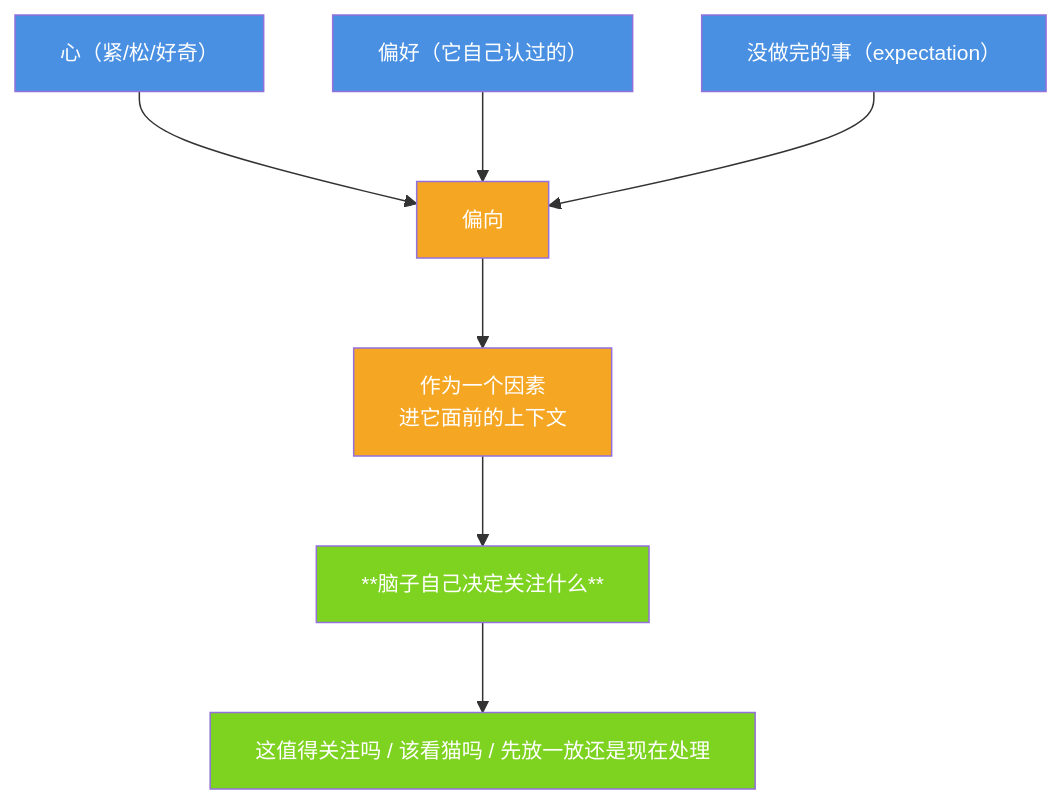
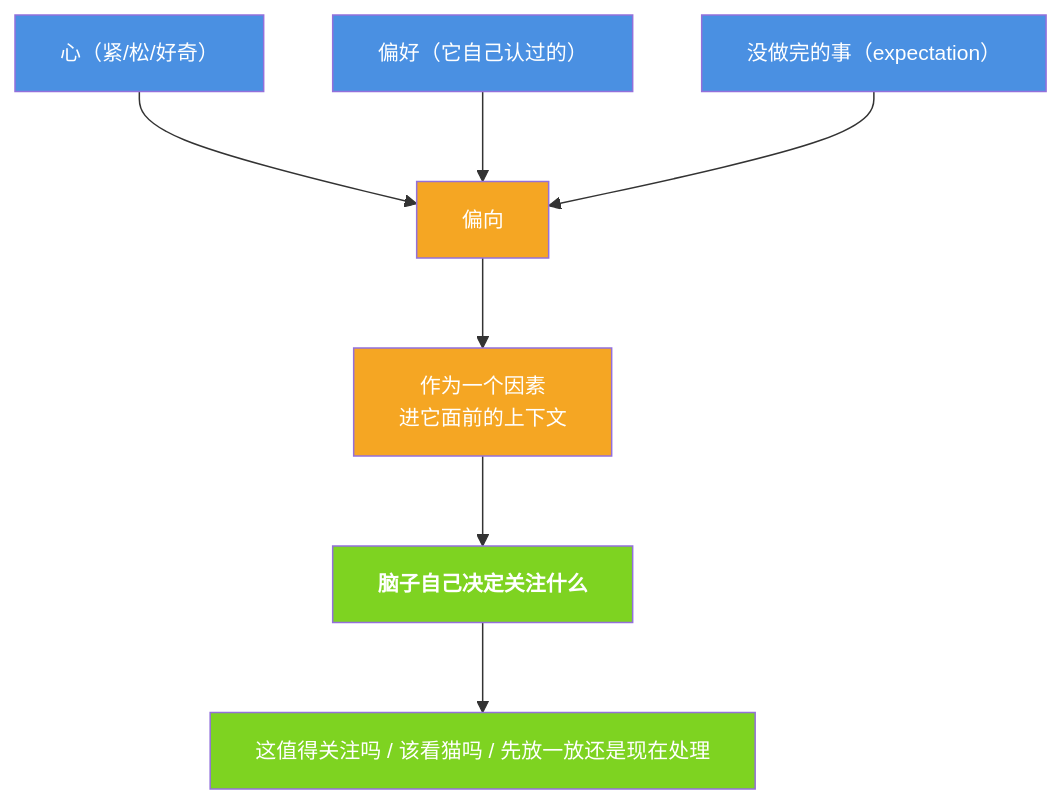
One commit to jiangchuangege/xiaojiao-harnees changed the diagram in docs/attention.md. Above: the diagram before and after it, drawn with Mermaid. The commit also changed 18 other files, not shown here.

Commit message:
修渲染缺陷：Mermaid 里 43 处 ** 换成可渲染的 <b>（Mermaid 不解析 Markdown 加粗，图里原样显示星号）；去掉列表里嵌套的 json 围栏；新增 check_render.py 并接入 CI

````diff
--- a/docs/attention.md
+++ b/docs/attention.md
@@ -17,18 +17,18 @@
 ```mermaid
 %%{init: {"themeVariables": {"fontSize": "14px"}, "flowchart": {"htmlLabels": true, "wrappingWidth": 340, "nodeSpacing": 46, "rankSpacing": 60, "useMaxWidth": true}}}%%
 flowchart TB
     H["心（紧/松/好奇）"] --> B["偏向"]
     P["偏好（它自己认过的）"] --> B
     U["没做完的事（expectation）"] --> B
     B --> F["作为一个因素<br/>进它面前的上下文"]
-    F --> M["**脑子自己决定关注什么**"]
+    F --> M["<b>脑子自己决定关注什么</b>"]
     M --> D["这值得关注吗 / 该看猫吗 / 先放一放还是现在处理"]
     style H fill:#4A90E2,color:#fff
     style P fill:#4A90E2,color:#fff
     style U fill:#4A90E2,color:#fff
     style B fill:#F5A623,color:#fff
     style F fill:#F5A623,color:#fff
     style M fill:#7ED321,color:#fff
     style D fill:#7ED321,color:#fff
 
 ```
````
